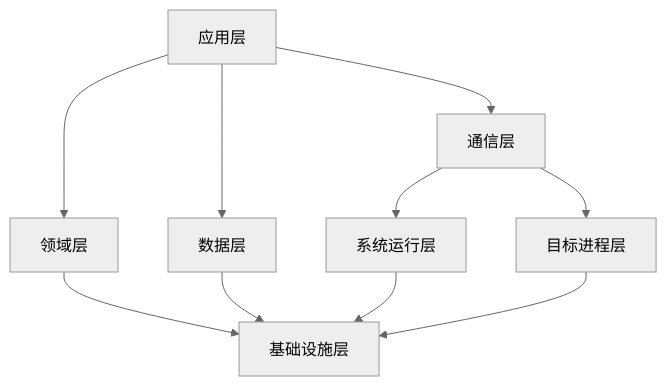
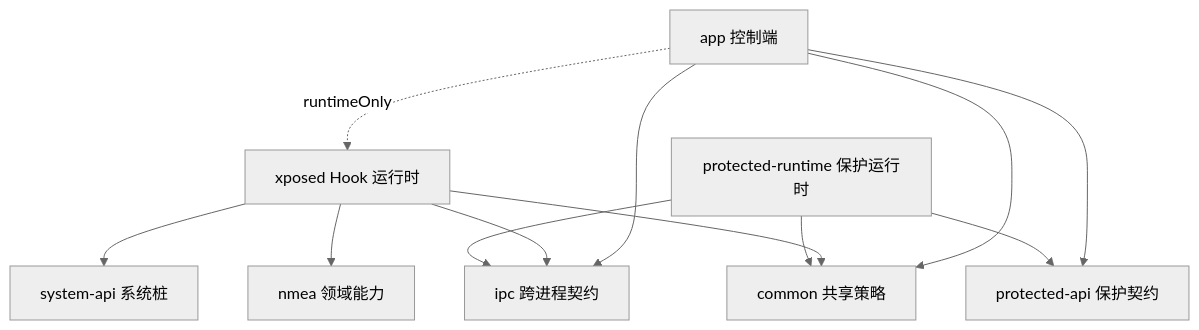
One commit to sparr-sherrya/hlocation-release changed the second of 3 diagrams in README.md. Above: the diagram before and after it, drawn with Mermaid (neutral theme). The commit also changed other lines of this file, not shown here.

Commit message:
docs: align README with current architecture

````diff
--- a/README.md
+++ b/README.md
@@ -30,12 +95,23 @@
 ```mermaid
-graph TD
-    A[应用层] --> B[领域层]
-    A --> C[数据层]
-    A --> D[通信层]
-    D --> E[系统运行层]
-    D --> F[目标进程层]
-    B --> G[基础设施层]
-    C --> G
-    E --> G
-    F --> G
+flowchart TD
+    APP[app 控制端]
+    XPOSED[xposed Hook 运行时]
+    IPC[ipc 跨进程契约]
+    COMMON[common 共享策略]
+    SYS[system-api 系统桩]
+    NMEA[nmea 领域能力]
+    PAPI[protected-api 保护契约]
+    PRT[protected-runtime 保护运行时]
+
+    APP -. runtimeOnly .-> XPOSED
+    APP --> IPC
+    APP --> COMMON
+    APP --> PAPI
+    XPOSED --> IPC
+    XPOSED --> COMMON
+    XPOSED --> SYS
+    XPOSED --> NMEA
+    PRT --> PAPI
+    PRT --> IPC
+    PRT --> COMMON
 ```
````
